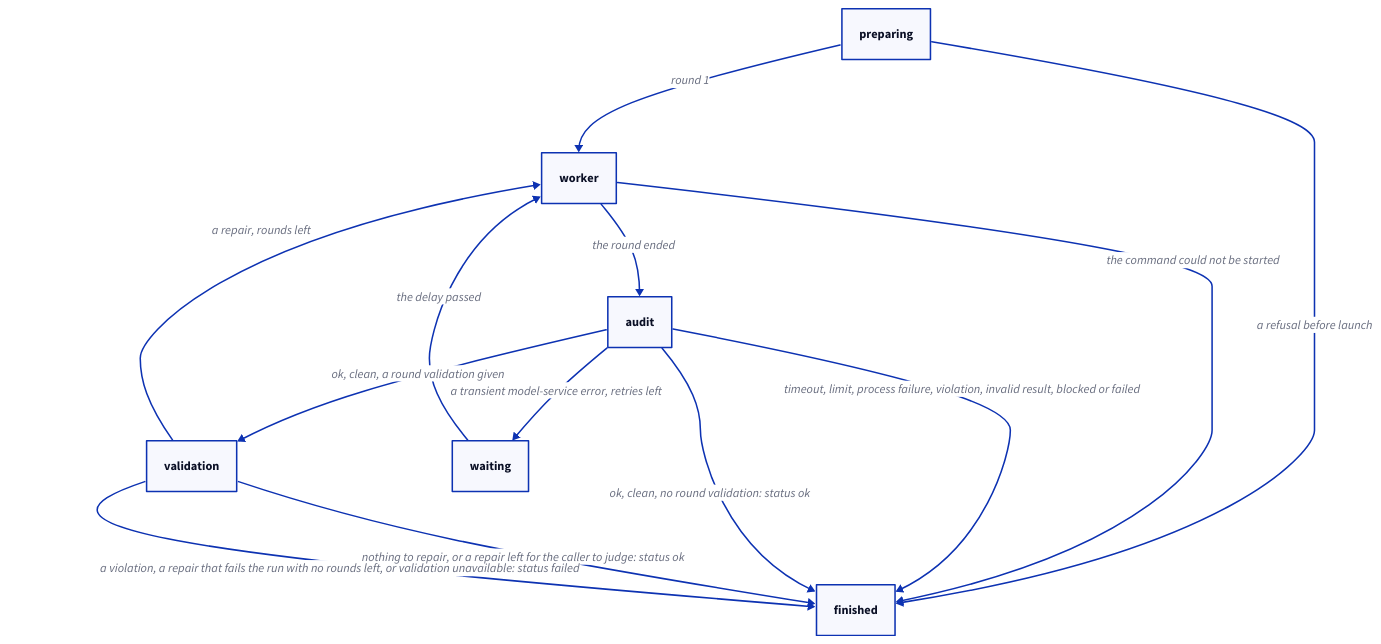
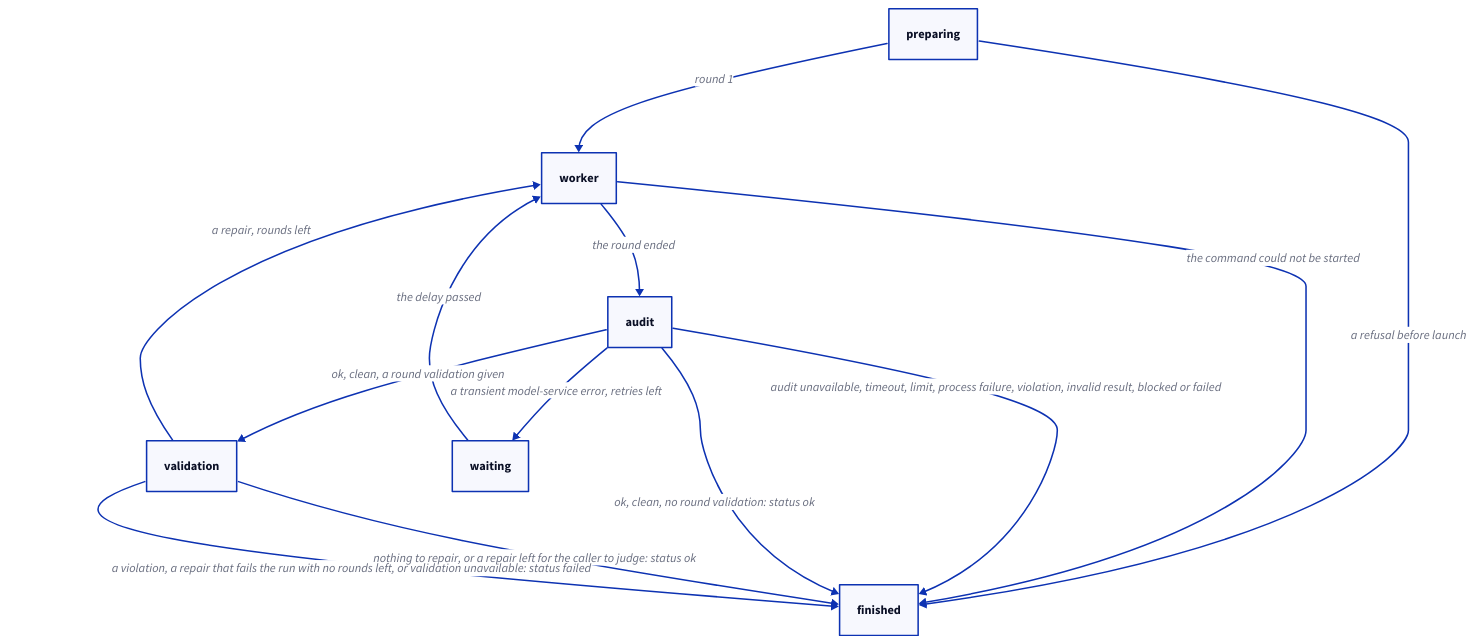
One commit to FTOD/concorde changed the diagram in specs/concorde/worker-harness/workers/launch.md. Above: the diagram before and after it, drawn with D2. The commit also changed other lines of this file and 10 other files, not shown here.

First line of the commit message:
Workers: audit_unavailable, one entry per grant path, runtime-path overlaps refused

````diff
--- a/specs/concorde/worker-harness/workers/launch.md
+++ b/specs/concorde/worker-harness/workers/launch.md
@@ -316,20 +328,20 @@
 ```d2 illustrative
 preparing
 worker
 audit
 validation
 waiting
 finished
 preparing -> worker: round 1
 preparing -> finished: a refusal before launch
 worker -> finished: the command could not be started
 worker -> audit: the round ended
 audit -> waiting: a transient model-service error, retries left
 waiting -> worker: the delay passed
-audit -> finished: timeout, limit, process failure, violation, invalid result, blocked or failed
+audit -> finished: audit unavailable, timeout, limit, process failure, violation, invalid result, blocked or failed
 audit -> validation: ok, clean, a round validation given
 audit -> finished: "ok, clean, no round validation: status ok"
 validation -> worker: a repair, rounds left
 validation -> finished: "nothing to repair, or a repair left for the caller to judge: status ok"
 validation -> finished: "a violation, a repair that fails the run with no rounds left, or validation unavailable: status failed"
 ```
````
